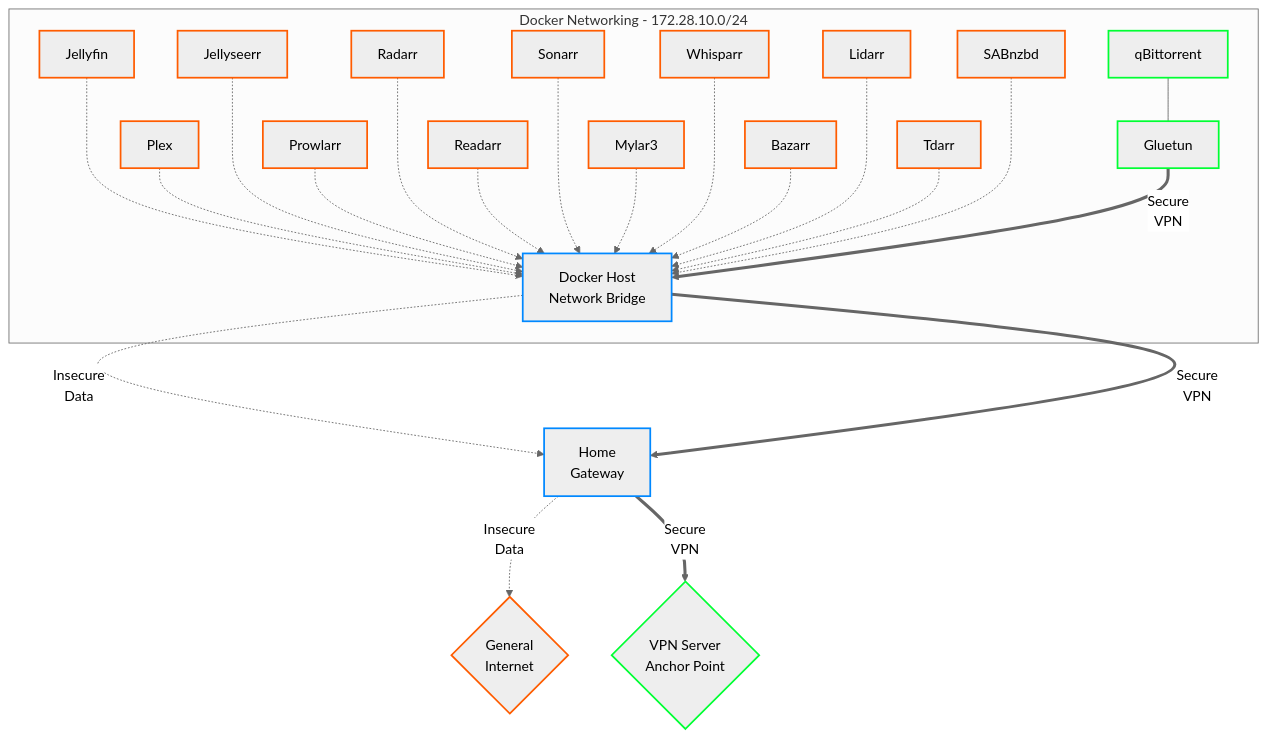
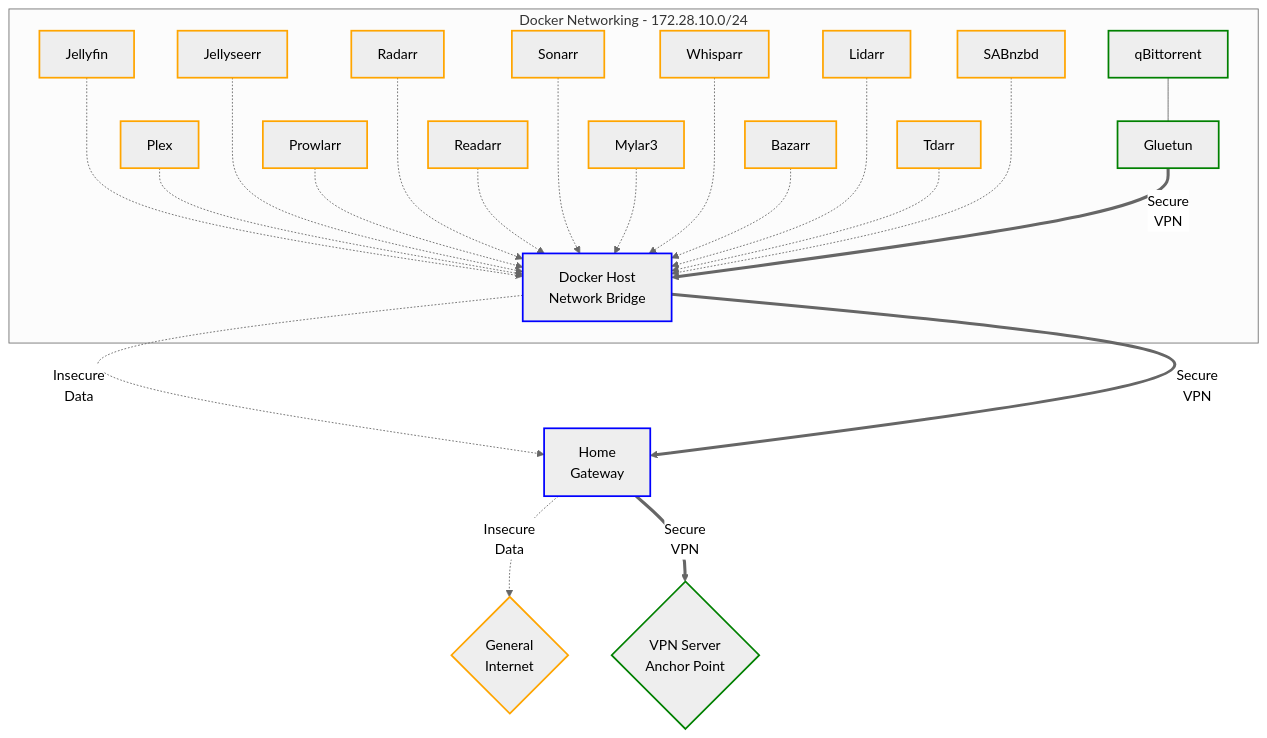
One commit to geekau/mediastack changed the second of 4 diagrams in README.md. Above: the diagram before and after it, drawn with Mermaid (neutral theme). The commit also changed other lines of this file, not shown here.

````diff
--- a/README.md
+++ b/README.md
@@ -160,45 +168,45 @@
 ``` mermaid
 graph TD
     subgraph DockerNet[<center>Docker Networking - 172.28.10.0/24</center>]
         Jellyfin -..-> NIC
         Plex -.-> NIC
         Jellyseerr -..-> NIC
         Prowlarr -.-> NIC
         Radarr -..-> NIC
         Readarr -.-> NIC
         Sonarr -..-> NIC
         Mylar3 -.-> NIC
         Whisparr -..-> NIC
         Bazarr -.-> NIC
         Lidarr -..-> NIC
         Tdarr -.-> NIC
         SABnzbd -..-> NIC
         NIC[Docker Host</br>Network Bridge]
         qBittorrent --- Gluetun
     end
     Gluetun ==>| Secure</br>VPN | NIC
     NIC -.->| Insecure</br>Data | Gateway[<center>Home</br>Gateway</center>]
     NIC ==>| Secure</br>VPN | Gateway[<center>Home</br>Gateway</center>]
     Gateway -.->| Insecure</br>Data |Internet{<center>General</br>Internet</center>}
     Gateway ==>|Secure</br>VPN |VPN{<center>VPN Server</br>Anchor Point</center>}
     
-    style Bazarr      stroke:#FF5C00,stroke-width:2px
-    style Lidarr      stroke:#FF5C00,stroke-width:2px
-    style Mylar3      stroke:#FF5C00,stroke-width:2px
-    style Prowlarr    stroke:#FF5C00,stroke-width:2px
-    style Radarr      stroke:#FF5C00,stroke-width:2px
-    style Readarr     stroke:#FF5C00,stroke-width:2px
-    style Sonarr      stroke:#FF5C00,stroke-width:2px
-    style Tdarr       stroke:#FF5C00,stroke-width:2px
-    style Whisparr    stroke:#FF5C00,stroke-width:2px
-    style Jellyfin    stroke:#FF5C00,stroke-width:2px
-    style Plex        stroke:#FF5C00,stroke-width:2px
-    style qBittorrent stroke:#00FF33,stroke-width:2px
-    style Jellyseerr  stroke:#FF5C00,stroke-width:2px
-    style SABnzbd     stroke:#FF5C00,stroke-width:2px
-    style Gluetun     stroke:#00FF33,stroke-width:2px
-    style VPN         stroke:#00FF33,stroke-width:2px
-    style NIC         stroke:#0088FF,stroke-width:2px
-    style Gateway     stroke:#0088FF,stroke-width:2px
-    style Internet    stroke:#FF5C00,stroke-width:2px
+    style Bazarr      stroke:orange,stroke-width:2px
+    style Lidarr      stroke:orange,stroke-width:2px
+    style Mylar3      stroke:orange,stroke-width:2px
+    style Prowlarr    stroke:orange,stroke-width:2px
+    style Radarr      stroke:orange,stroke-width:2px
+    style Readarr     stroke:orange,stroke-width:2px
+    style Sonarr      stroke:orange,stroke-width:2px
+    style Tdarr       stroke:orange,stroke-width:2px
+    style Whisparr    stroke:orange,stroke-width:2px
+    style Jellyfin    stroke:orange,stroke-width:2px
+    style Plex        stroke:orange,stroke-width:2px
+    style qBittorrent stroke:green,stroke-width:2px
+    style Jellyseerr  stroke:orange,stroke-width:2px
+    style SABnzbd     stroke:orange,stroke-width:2px
+    style Gluetun     stroke:green,stroke-width:2px
+    style VPN         stroke:green,stroke-width:2px
+    style NIC         stroke:blue,stroke-width:2px
+    style Gateway     stroke:blue,stroke-width:2px
+    style Internet    stroke:orange,stroke-width:2px
 ```
````
